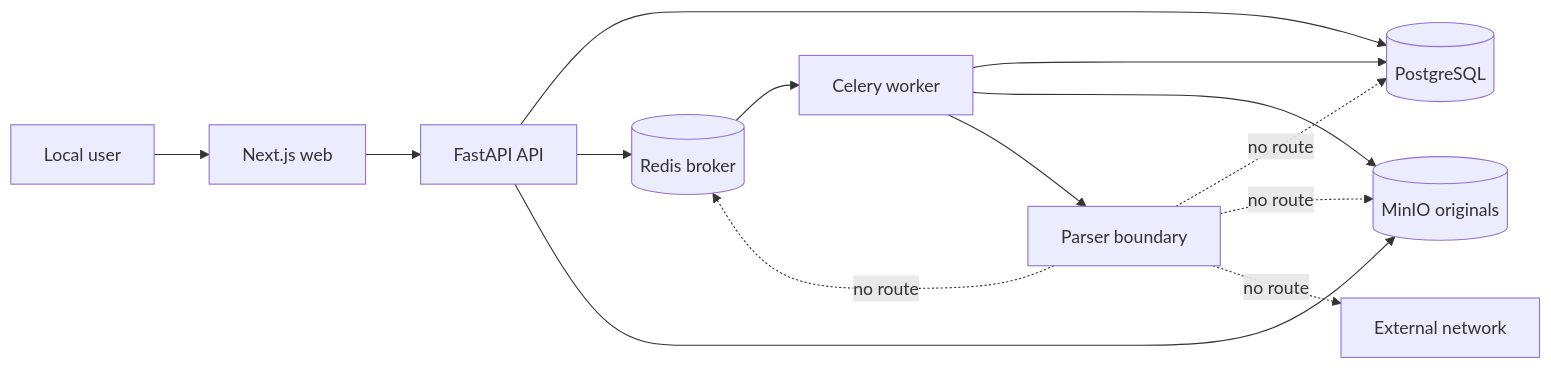
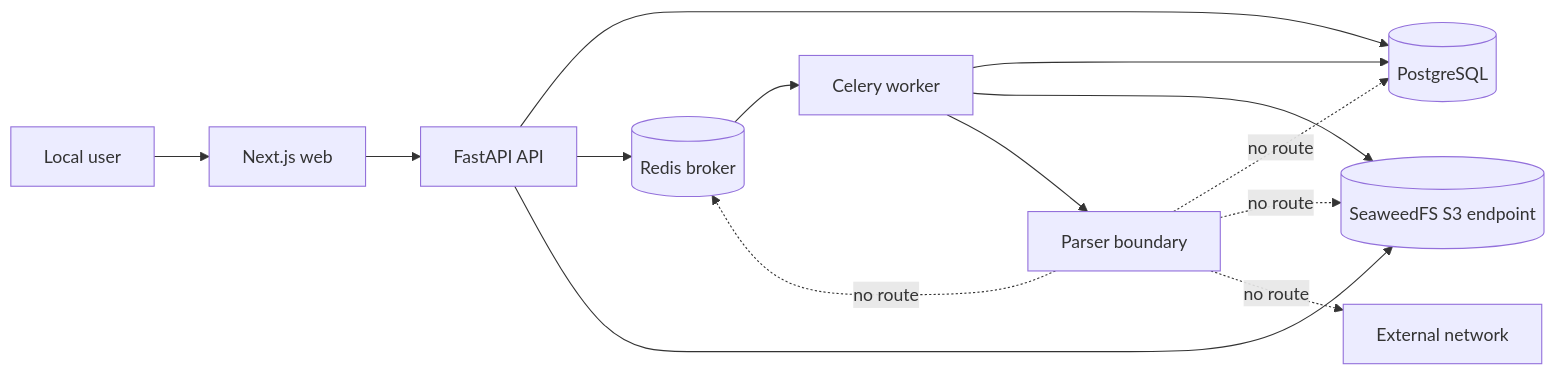
Before and after one commit to rnkraus/investment-research: the first of 3 diagrams in docs/09-m0-implementation-plan.md, drawn with Mermaid. The commit also changed other lines of this file and 7 other files, not shown here.

````diff
--- a/docs/09-m0-implementation-plan.md
+++ b/docs/09-m0-implementation-plan.md
@@ -73,19 +74,19 @@
 ```mermaid
 flowchart LR
     USER[Local user] --> WEB[Next.js web]
     WEB --> API[FastAPI API]
 
     API --> PG[(PostgreSQL)]
     API --> REDIS[(Redis broker)]
-    API --> MINIO[(MinIO originals)]
+    API --> S3[(SeaweedFS S3 endpoint)]
 
     REDIS --> WORKER[Celery worker]
     WORKER --> PG
-    WORKER --> MINIO
+    WORKER --> S3
     WORKER --> PARSER[Parser boundary]
 
     PARSER -. no route .-> PG
     PARSER -. no route .-> REDIS
-    PARSER -. no route .-> MINIO
+    PARSER -. no route .-> S3
     PARSER -. no route .-> INTERNET[External network]
 ```
````
